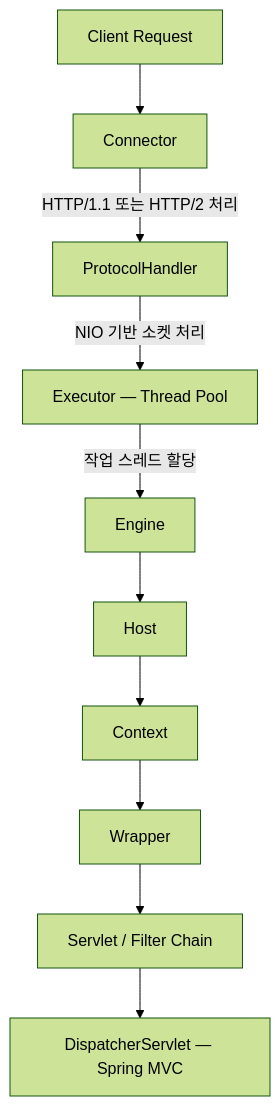
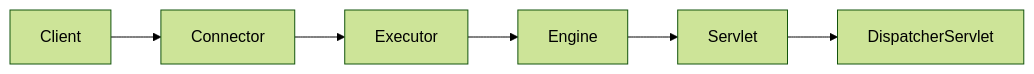
One commit to yjkim2015/yjkim2015.github.io changed the first of 7 diagrams in _posts/server/2026-05-01-tomcat-vs-netty.md. Above: the diagram before and after it, drawn with Mermaid (forest theme). The commit also changed other lines of this file and 271 other files, not shown here.

First line of the commit message:
Mermaid 라벨 축소: 긴 노드 텍스트 18자 이하로 트림 + \n 제거

````diff
--- a/_posts/server/2026-05-01-tomcat-vs-netty.md
+++ b/_posts/server/2026-05-01-tomcat-vs-netty.md
@@ -25,10 +25,5 @@
 ```mermaid
-graph TD
-    CR[Client Request] --> Connector
-    Connector -->|HTTP/1.1 또는 HTTP/2 처리| PH[ProtocolHandler]
-    PH -->|NIO 기반 소켓 처리| EX[Executor — Thread Pool]
-    EX -->|작업 스레드 할당| Engine
-    Engine --> Host --> Context --> Wrapper
-    Wrapper --> SC[Servlet / Filter Chain]
-    SC --> DS[DispatcherServlet — Spring MVC]
+graph LR
+    Client --> Connector --> Executor --> Engine
+    Engine --> Servlet --> DispatcherServlet
 ```
````
